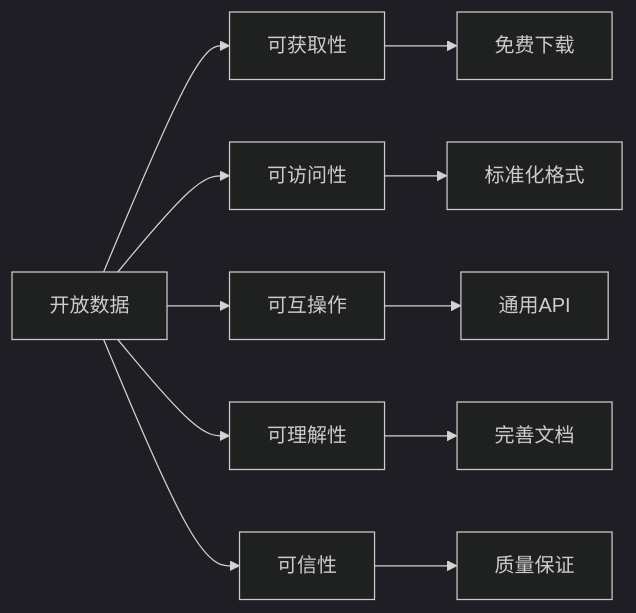
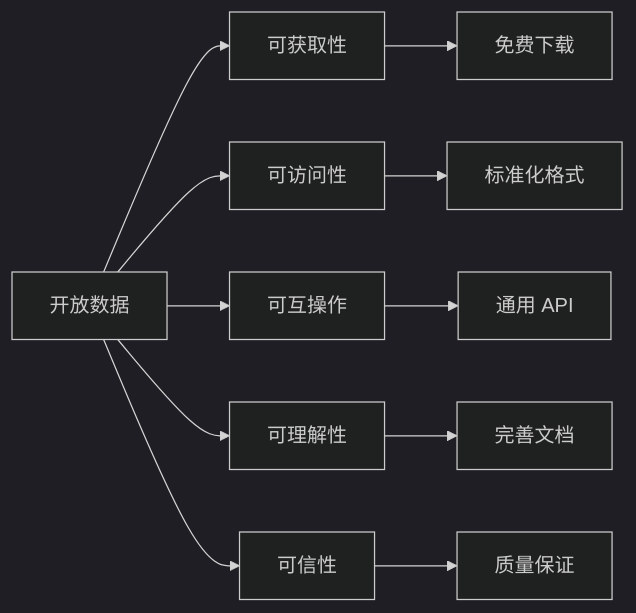
The first of 2 diagrams in 00_KnowledgeFramework/DataSets/DataSets.md (Tianshang301/TianshangKnowledgeBase), drawn with Mermaid (dark theme) before and after one commit. The commit also changed other lines of this file and 2257 other files, not shown here.

````diff
--- a/00_KnowledgeFramework/DataSets/DataSets.md
+++ b/00_KnowledgeFramework/DataSets/DataSets.md
@@ -35,13 +37,13 @@
 ```mermaid
 flowchart LR
     A[开放数据] --> B[可获取性]
     A --> C[可访问性]
     A --> D[可互操作]
     A --> E[可理解性]
     A --> F[可信性]
     B --> G[免费下载]
     C --> H[标准化格式]
-    D --> I[通用API]
+    D --> I[通用 API]
     E --> J[完善文档]
     F --> K[质量保证]
 ```
````
